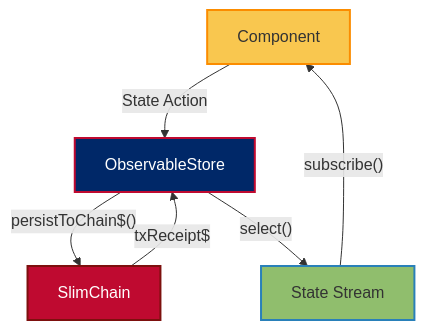
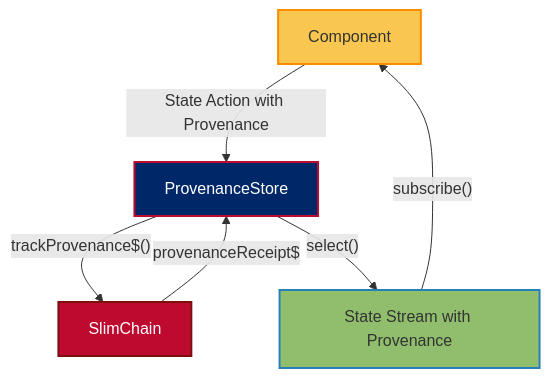
Before and after one commit to JeffreySanford/forge-board: the second of 7 diagrams in forgeboard-frontend/src/assets/documentation/CODING-STANDARDS.md, drawn with Mermaid. The commit also changed other lines of this file and 13 other files, not shown here.

````diff
--- a/forgeboard-frontend/src/assets/documentation/CODING-STANDARDS.md
+++ b/forgeboard-frontend/src/assets/documentation/CODING-STANDARDS.md
@@ -27,13 +54,13 @@
 ```mermaid
 flowchart TD
-  Component[Component]:::component -->|"State Action"| Store[ObservableStore]:::store
-  Store -->|"persistToChain$()"| Chain[SlimChain]:::chain
-  Store -->|"select()"| Stream[State Stream]:::state
+  Component[Component]:::component -->|"State Action with Provenance"| Store[ProvenanceStore]:::store
+  Store -->|"trackProvenance$()"| Chain[SlimChain]:::chain
+  Store -->|"select()"| Stream[State Stream with Provenance]:::state
   Stream -->|"subscribe()"| Component
-  Chain -->|"txReceipt$"| Store
+  Chain -->|"provenanceReceipt$"| Store
   
   classDef component fill:#F9C74F,stroke:#FB8C00,stroke-width:2px;
   classDef store fill:#002868,stroke:#BF0A30,stroke-width:2px,color:#FFFFFF;
   classDef chain fill:#BF0A30,stroke:#7D100E,stroke-width:2px,color:#FFFFFF;
   classDef state fill:#90BE6D,stroke:#2980B9,stroke-width:2px;
 ```
````
